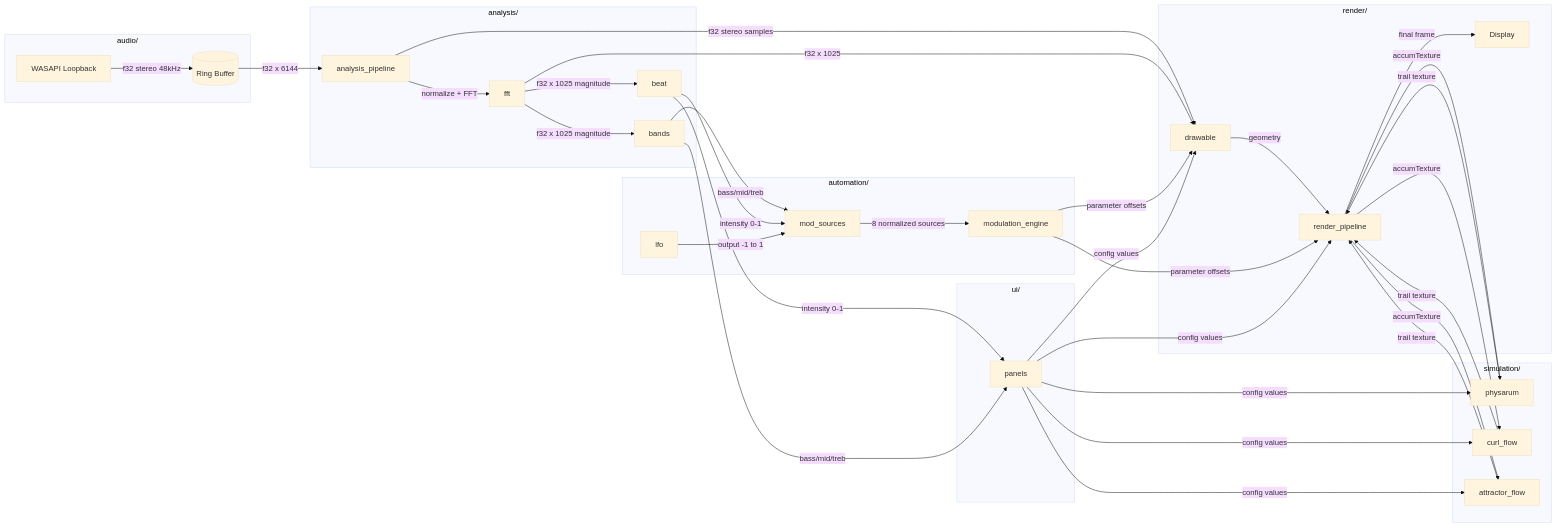
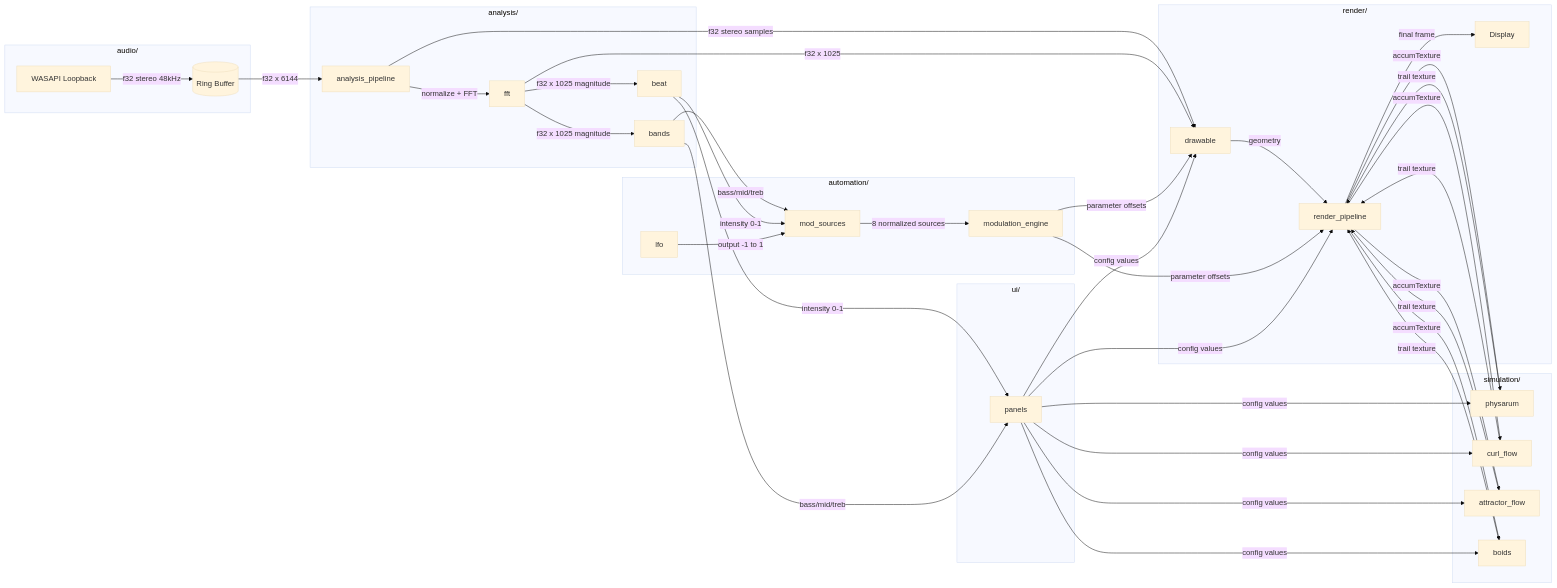
The diagram in docs/architecture.md (EvanLavender13/audio-jones), drawn with Mermaid (base theme) before and after one commit. The commit also changed other lines of this file and 6 other files, not shown here.

First line of the commit message:
Sync architecture documentation with codebase

````diff
--- a/docs/architecture.md
+++ b/docs/architecture.md
@@ -11,55 +11,59 @@
 ```mermaid
 flowchart LR
     subgraph Audio[audio/]
         WASAPI[WASAPI Loopback] -->|f32 stereo 48kHz| RB[(Ring Buffer)]
     end
 
     subgraph Analysis[analysis/]
         RB -->|f32 x 6144| AP[analysis_pipeline]
         AP -->|normalize + FFT| FFT[fft]
         FFT -->|f32 x 1025 magnitude| Beat[beat]
         FFT -->|f32 x 1025 magnitude| Bands[bands]
     end
 
     subgraph Automation[automation/]
         LFO[lfo]
         Bands -->|bass/mid/treb| ModSources[mod_sources]
         Beat -->|intensity 0-1| ModSources
         LFO -->|output -1 to 1| ModSources
         ModSources -->|8 normalized sources| ModEngine[modulation_engine]
     end
 
     subgraph Render[render/]
         AP -->|f32 stereo samples| Drawables[drawable]
         FFT -->|f32 x 1025| Drawables
         Drawables -->|geometry| RP[render_pipeline]
         RP -->|final frame| Screen[Display]
     end
 
     subgraph Simulation[simulation/]
         Physarum[physarum]
         CurlFlow[curl_flow]
         AttractorFlow[attractor_flow]
+        Boids[boids]
     end
 
     RP -->|accumTexture| Physarum
     RP -->|accumTexture| CurlFlow
     RP -->|accumTexture| AttractorFlow
+    RP -->|accumTexture| Boids
     Physarum -->|trail texture| RP
     CurlFlow -->|trail texture| RP
     AttractorFlow -->|trail texture| RP
+    Boids -->|trail texture| RP
 
     subgraph UI[ui/]
         Panels[panels]
         Beat -->|intensity 0-1| Panels
         Bands -->|bass/mid/treb| Panels
     end
 
     ModEngine -->|parameter offsets| Drawables
     ModEngine -->|parameter offsets| RP
     Panels -->|config values| Drawables
     Panels -->|config values| RP
     Panels -->|config values| Physarum
     Panels -->|config values| CurlFlow
     Panels -->|config values| AttractorFlow
+    Panels -->|config values| Boids
 ```
````
